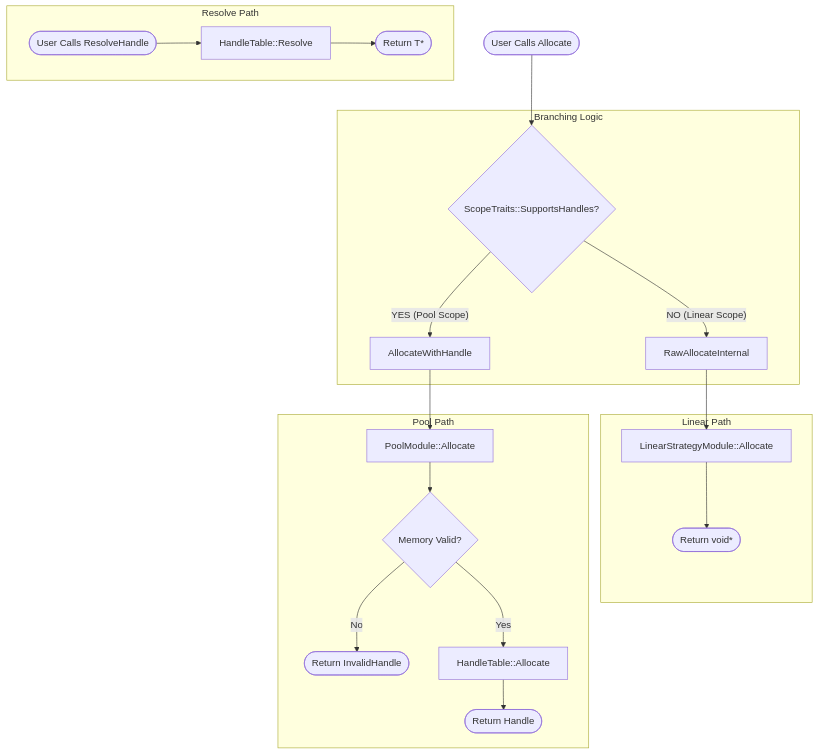
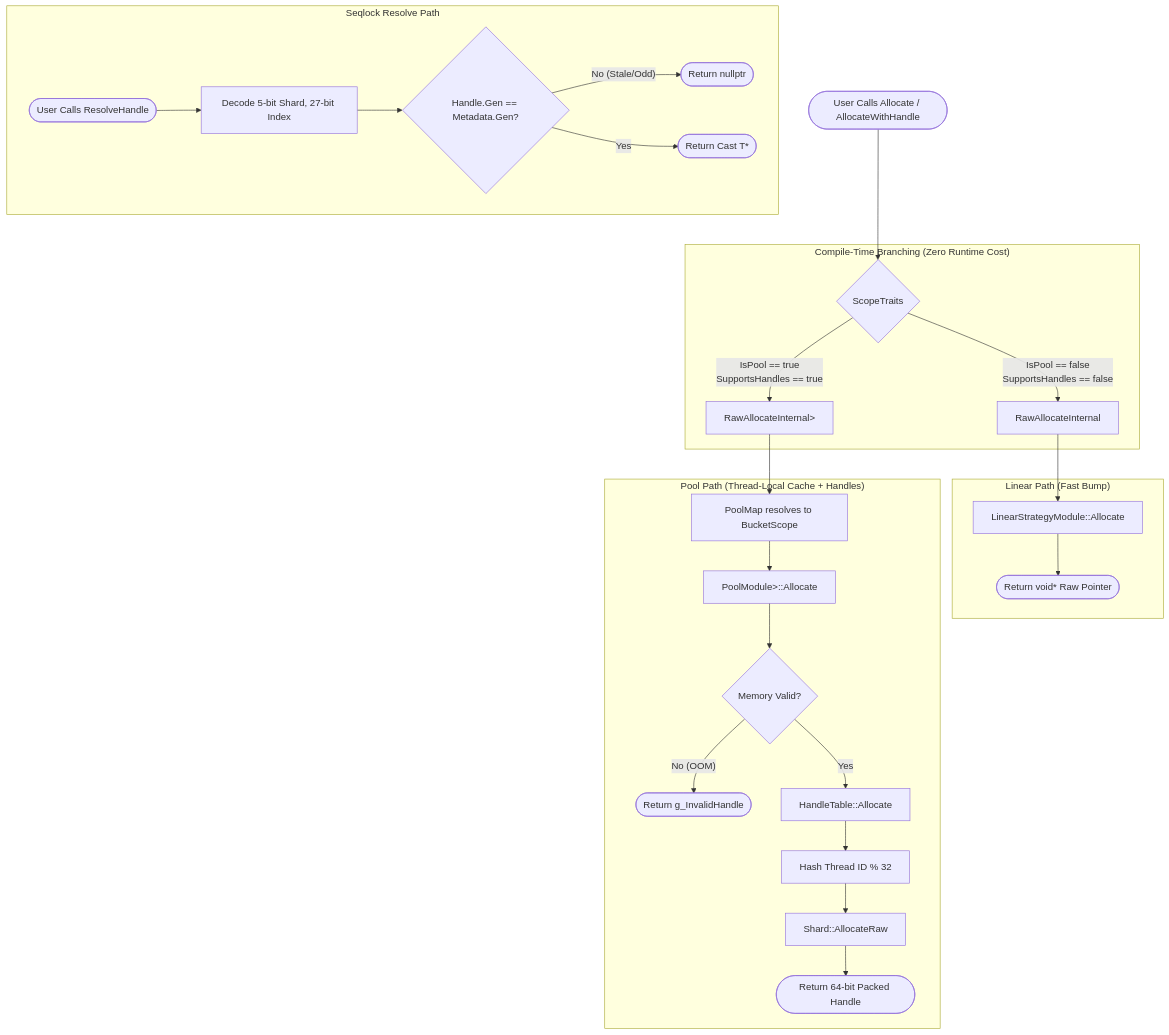
The diagram in documentation/mermaid/allocator_engine.mmd (Za-Coding-Paradox/Custom-Memory-Allocator), drawn with Mermaid before and after one commit. The commit also changed 41 other files, not shown here.

```diff
--- a/documentation/mermaid/allocator_engine.mmd
+++ b/documentation/mermaid/allocator_engine.mmd
@@ -1,28 +1,34 @@
 flowchart TD
-    Start([User Calls Allocate<TScope>]) --> Traits{ScopeTraits<TScope>::SupportsHandles?}
+    Start([User Calls Allocate / AllocateWithHandle]) --> Traits{ScopeTraits<TScope>}
     
-    subgraph "Branching Logic"
-    Traits -- NO (Linear Scope) --> LinearPath
-    Traits -- YES (Pool Scope) --> PoolPath
+    subgraph "Compile-Time Branching (Zero Runtime Cost)"
+        Traits -- "IsPool == false\nSupportsHandles == false" --> LinearPath
+        Traits -- "IsPool == true\nSupportsHandles == true" --> PoolPath
     end
 
-    subgraph "Linear Path"
-        LinearPath[RawAllocateInternal]
+    subgraph "Linear Path (Fast Bump)"
+        LinearPath[RawAllocateInternal<TScope>]
         LinearPath --> CallLinear[LinearStrategyModule::Allocate]
-        CallLinear --> LinearReturn([Return void*])
+        CallLinear --> LinearReturn([Return void* Raw Pointer])
     end
 
-    subgraph "Pool Path"
-        PoolPath[AllocateWithHandle]
-        PoolPath --> CallPool[PoolModule::Allocate]
+    subgraph "Pool Path (Thread-Local Cache + Handles)"
+        PoolPath[RawAllocateInternal<PoolScope<T>>]
+        PoolPath --> ResolveBucket[PoolMap resolves to BucketScope<N>]
+        ResolveBucket --> CallPool[PoolModule<BucketScope<N>>::Allocate]
         
         CallPool --> CheckPoolResult{Memory Valid?}
-        CheckPoolResult -- No --> RetInvalid([Return InvalidHandle])
+        CheckPoolResult -- No (OOM) --> RetInvalid([Return g_InvalidHandle])
         CheckPoolResult -- Yes --> CreateHandle[HandleTable::Allocate]
-        CreateHandle --> PoolReturn([Return Handle])
+        
+        CreateHandle --> HT_ShardHash[Hash Thread ID % 32]
+        HT_ShardHash --> HT_AllocateRaw[Shard::AllocateRaw]
+        HT_AllocateRaw --> PoolReturn([Return 64-bit Packed Handle])
     end
     
-    subgraph "Resolve Path"
-        UserResolve([User Calls ResolveHandle]) --> ResolveCall[HandleTable::Resolve]
-        ResolveCall --> RetPtr([Return T*])
+    subgraph "Seqlock Resolve Path"
+        UserResolve([User Calls ResolveHandle]) --> DecodeBits[Decode 5-bit Shard, 27-bit Index]
+        DecodeBits --> CheckSeqLock{Handle.Gen == Metadata.Gen?}
+        CheckSeqLock -- No (Stale/Odd) --> RetNull([Return nullptr])
+        CheckSeqLock -- Yes --> RetPtr([Return Cast T*])
     end
```
